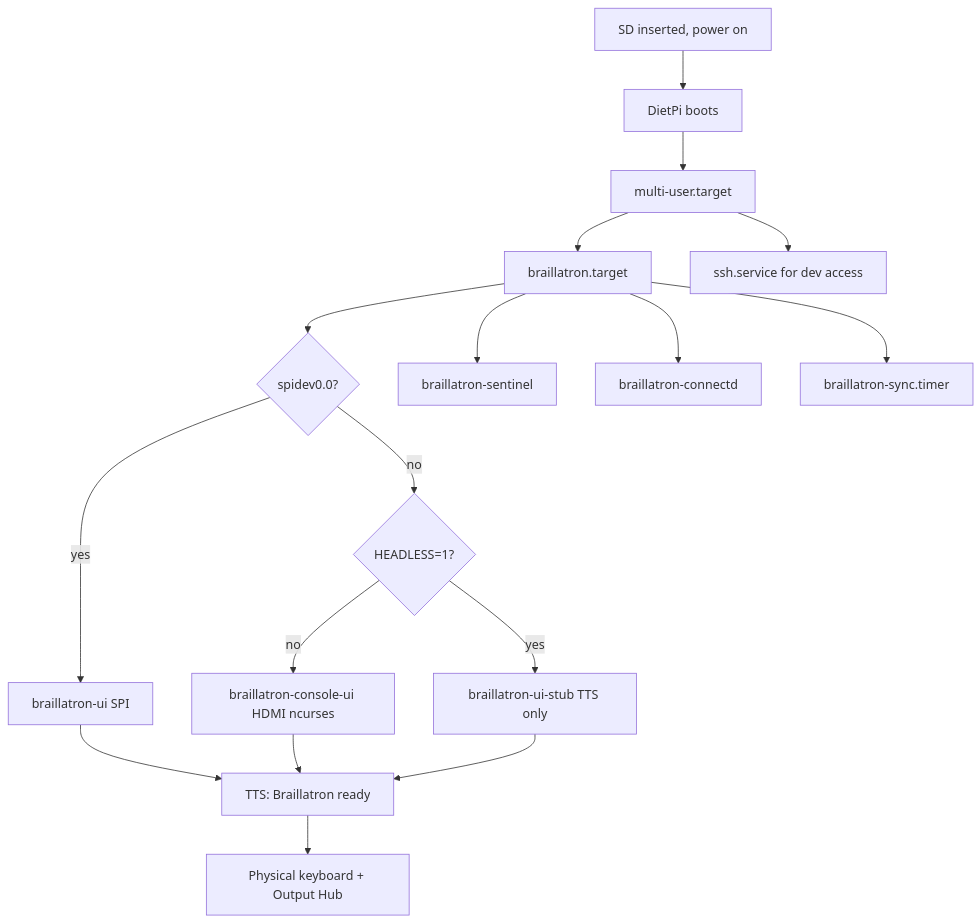
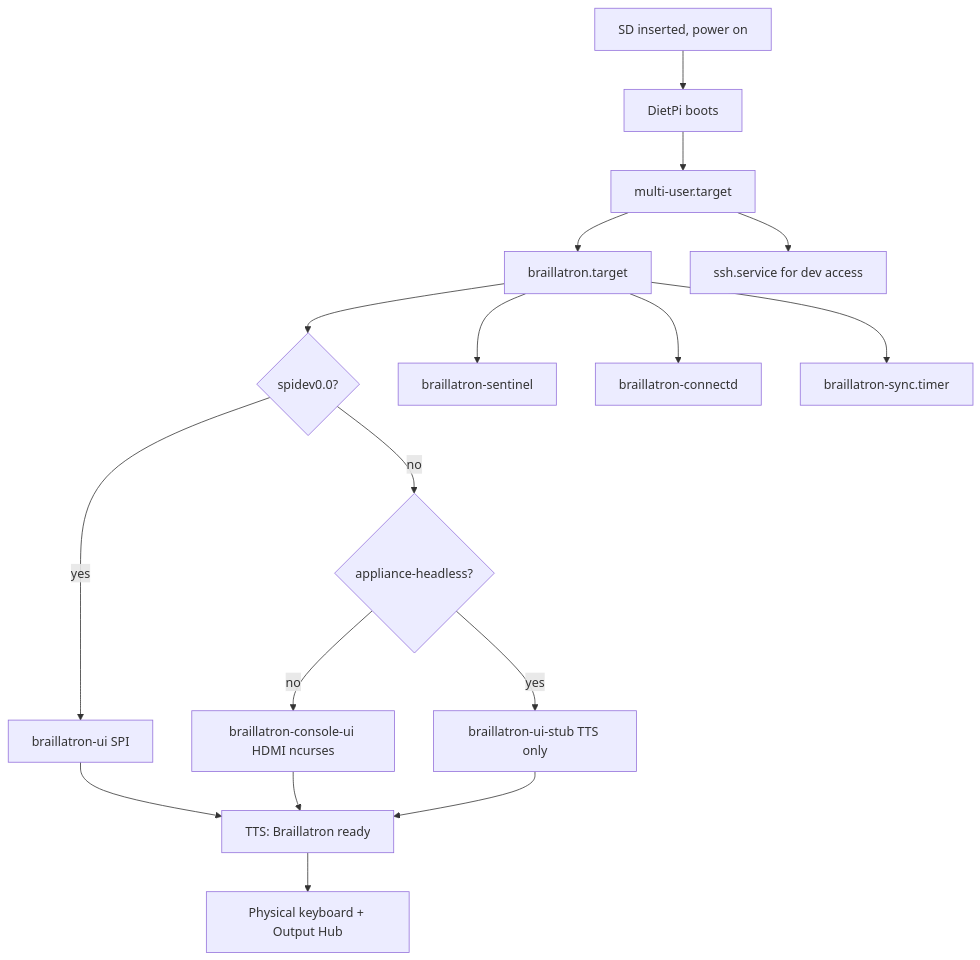
Before and after one commit to grahamthetvi/Graham-Braillatron: the diagram in mobile-braille-embosser/specs/Pi SD Image Software Build Guide.md, drawn with Mermaid. The commit also changed other lines of this file and 5 other files, not shown here.

````diff
--- a/mobile-braille-embosser/specs/Pi SD Image Software Build Guide.md
+++ b/mobile-braille-embosser/specs/Pi SD Image Software Build Guide.md
@@ -555,19 +578,19 @@
 ```mermaid
 flowchart TD
     PowerOn[SD inserted, power on] --> DietPi[DietPi boots]
     DietPi --> MultiUser[multi-user.target]
     MultiUser --> Target[braillatron.target]
     Target --> SpiCheck{spidev0.0?}
     SpiCheck -->|yes| UI[braillatron-ui SPI]
-    SpiCheck -->|no| HeadlessCheck{HEADLESS=1?}
+    SpiCheck -->|no| HeadlessCheck{appliance-headless?}
     HeadlessCheck -->|no| ConsoleUI[braillatron-console-ui HDMI ncurses]
     HeadlessCheck -->|yes| StubUI[braillatron-ui-stub TTS only]
     Target --> Sentinel[braillatron-sentinel]
     Target --> Connectd[braillatron-connectd]
     Target --> Timer[braillatron-sync.timer]
     UI --> Ready[TTS: Braillatron ready]
     ConsoleUI --> Ready
     StubUI --> Ready
     Ready --> Use[Physical keyboard + Output Hub]
     MultiUser --> SSH[ssh.service for dev access]
 ```
````
